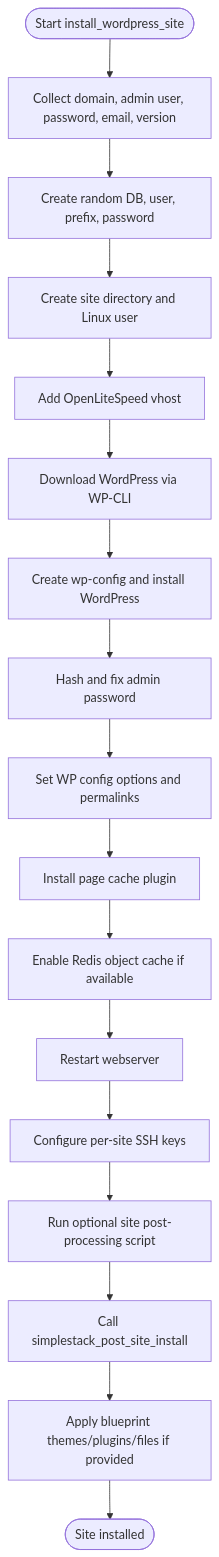
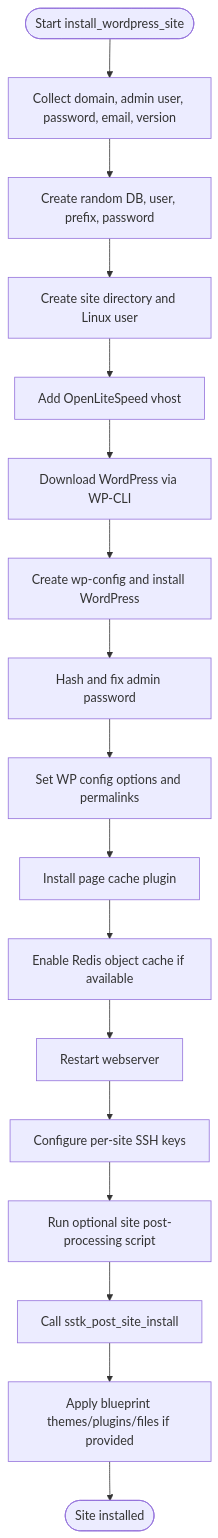
The fifth of 8 diagrams in .qoder/repowiki/en/content/WordPress Application Engine/WordPress Application Engine.md (onedogsolutions/simple-stack), drawn with Mermaid before and after one commit. The commit also changed other lines of this file and 5941 other files, not shown here.

````diff
--- a/.qoder/repowiki/en/content/WordPress Application Engine/WordPress Application Engine.md
+++ b/.qoder/repowiki/en/content/WordPress Application Engine/WordPress Application Engine.md
@@ -253,19 +253,19 @@
 ```mermaid
 flowchart TD
 Start(["Start install_wordpress_site"]) --> CollectInputs["Collect domain, admin user, password, email, version"]
 CollectInputs --> CreateDB["Create random DB, user, prefix, password"]
 CreateDB --> SetupUser["Create site directory and Linux user"]
 SetupUser --> AddVhost["Add OpenLiteSpeed vhost"]
 AddVhost --> DownloadWP["Download WordPress via WP-CLI"]
 DownloadWP --> ConfigWP["Create wp-config and install WordPress"]
 ConfigWP --> FixPassword["Hash and fix admin password"]
 FixPassword --> SetOptions["Set WP config options and permalinks"]
 SetOptions --> InstallCache["Install page cache plugin"]
 InstallCache --> EnableRedis["Enable Redis object cache if available"]
 EnableRedis --> RestartWebserver["Restart webserver"]
 RestartWebserver --> SetupSSH["Configure per-site SSH keys"]
 SetupSSH --> SitePostProcess["Run optional site post-processing script"]
-SitePostProcess --> RunHook["Call simplestack_post_site_install"]
+SitePostProcess --> RunHook["Call sstk_post_site_install"]
 RunHook --> Blueprint["Apply blueprint themes/plugins/files if provided"]
 Blueprint --> End(["Site installed"])
 ```
````
